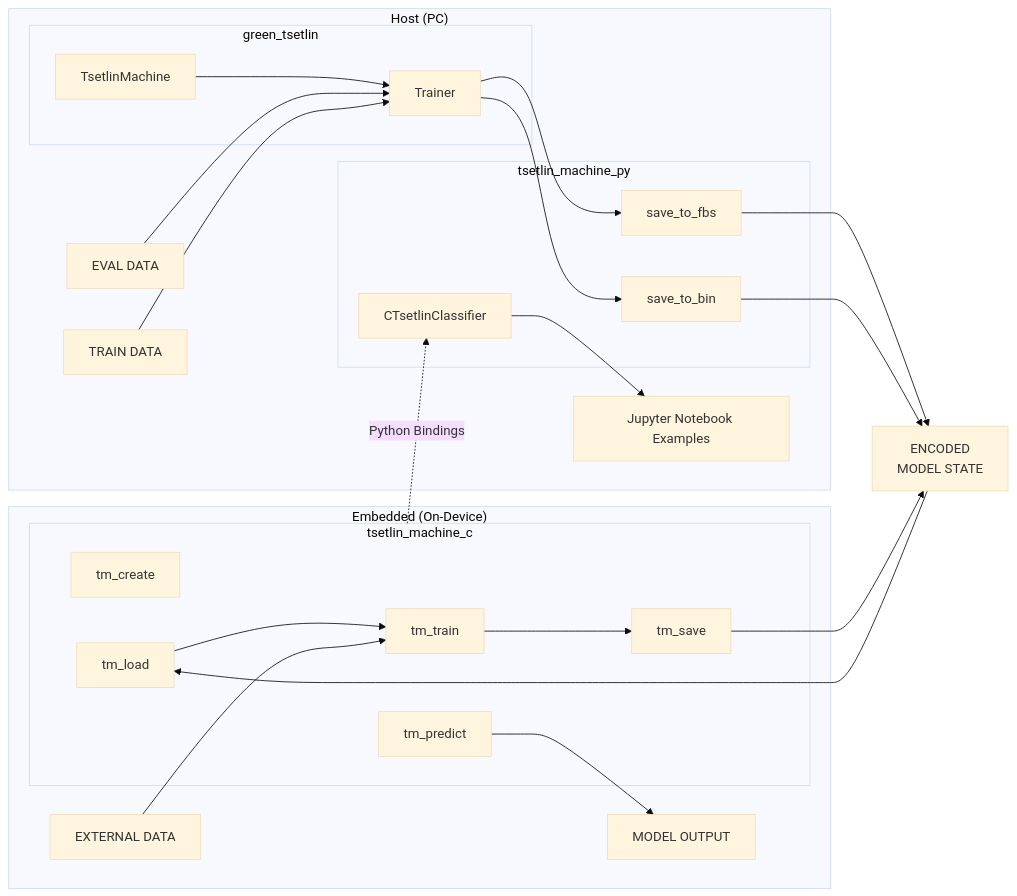
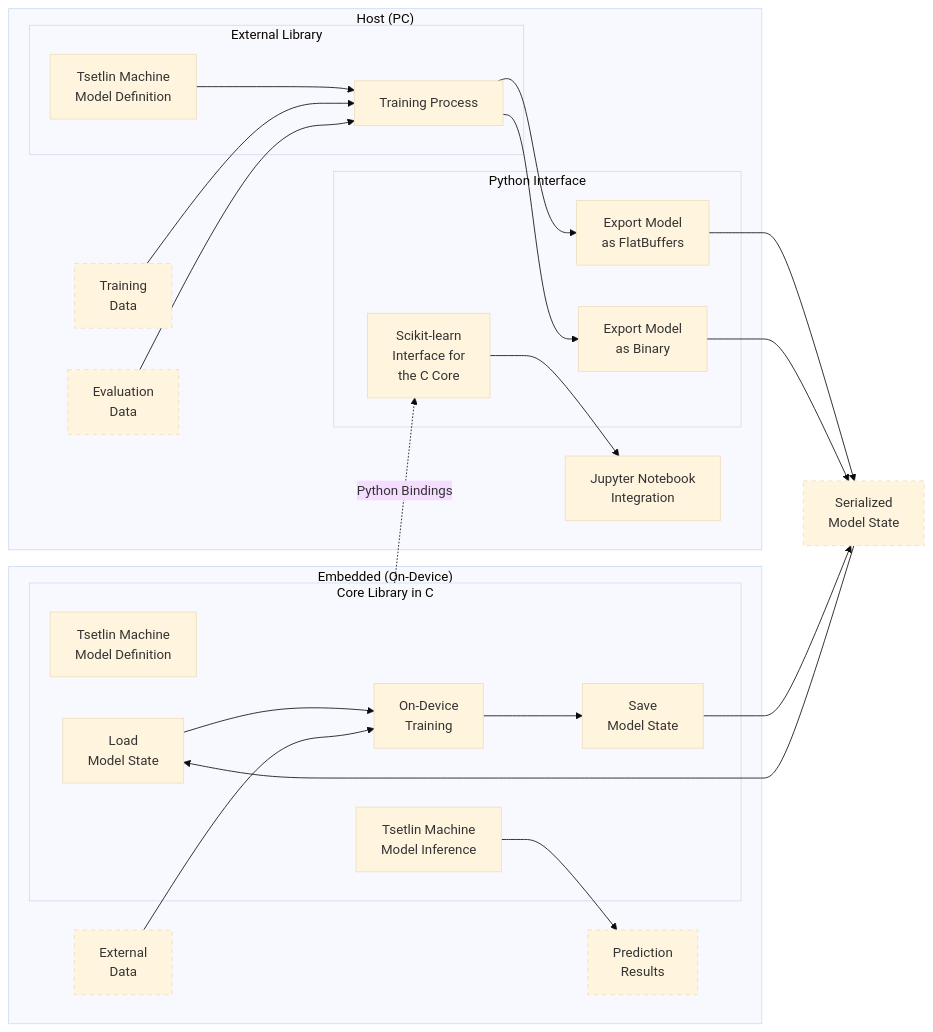
Before and after one commit to notEloiir/tsetlin_machine_c: the diagram in README.md, drawn with Mermaid (base theme).

Commit message:
update diagram in README.md

````diff
--- a/README.md
+++ b/README.md
@@ -12,55 +12,68 @@
 ```mermaid
 graph LR
+    %% Define Styles
+    classDef dotted stroke-dasharray: 5 5;
+
     %% Embedded Container
     subgraph embedded ["Embedded (On-Device)"]
-        subgraph tsetlinmachinec ["tsetlin_machine_c"]
-            tmcreate["tm_create"]
-            tmload["tm_load"]
-            tmtrain["tm_train"]
-            tmsave["tm_save"]
-            tmpredict["tm_predict"]
-            
-            %% Vertical linking inside C module
-            tmload --> tmtrain --> tmsave
+        
+        subgraph tsetlinmachinec ["Core Library in C"]
+            tmcreate["Tsetlin Machine<br>Model Definition"]
+            tmload["Load<br>Model State"]
+            tmtrain["On-Device<br>Training"]
+            tmsave["Save<br>Model State"]
+            tmpredict["Tsetlin Machine<br>Model Inference"]
         end
 
+        externaldata["External<br>Data"]:::dotted
+        modeloutput["Prediction<br>Results"]:::dotted
         %% Embedded Connections
-        externaldata["EXTERNAL DATA"] --> tmtrain
-        tmpredict --> modeloutput["MODEL OUTPUT"]
+        tmload --> tmtrain
+        tmtrain --> tmsave
+        
+        externaldata --> tmtrain
+        tmpredict --> modeloutput
     end
 
     %% Middle State Node
-    modelstate["ENCODED <br> MODEL STATE"]
+    modelstate["Serialized<br>Model State"]:::dotted
 
     %% Host Container
     subgraph host ["Host (PC)"]
-        subgraph greentsetlin ["green_tsetlin"]
-            tsetlinmachine["TsetlinMachine"] --> trainer["Trainer"]
+      
+        subgraph greentsetlin ["External Library"]
+            tsetlinmachine["Tsetlin Machine<br>Model Definition"]
+            trainer["Training Process"]
         end
         
-        subgraph tsetlinmachinepy ["tsetlin_machine_py"]
-            ctsetlinclassifier["CTsetlinClassifier"]
-            savetofbs["save_to_fbs"]
-            savetobin["save_to_bin"]
+        subgraph tsetlinmachinepy ["Python Interface"]
+            savetofbs["Export Model<br>as FlatBuffers"]
+            savetobin["Export Model<br>as Binary"]
+            ctsetlinclassifier["Scikit-learn<br>Interface for<br>the C Core"]
         end
 
-        jupyternotebook["Jupyter Notebook Examples"]
+        jupyternotebook["Jupyter Notebook<br>Integration"]
+        
+        traindata["Training<br>Data"]:::dotted
+        evaldata["Evaluation<br>Data"]:::dotted
 
         %% Host Connections
-        evaldata["EVAL DATA"] --> trainer
-        traindata["TRAIN DATA"] --> trainer
+        tsetlinmachine --> trainer
+        traindata --> trainer
+        evaldata --> trainer
         
         trainer --> savetofbs
         trainer --> savetobin
+        
         ctsetlinclassifier --> jupyternotebook
     end
 
     %% Cross-System Connections
     savetofbs --> modelstate
     savetobin --> modelstate
     tmsave --> modelstate
     modelstate --> tmload
 
-    %% Python Bindings (Dashed Line)
+    %% Python Bindings
     tsetlinmachinec -. "Python Bindings" .-> ctsetlinclassifier
 ```
````
